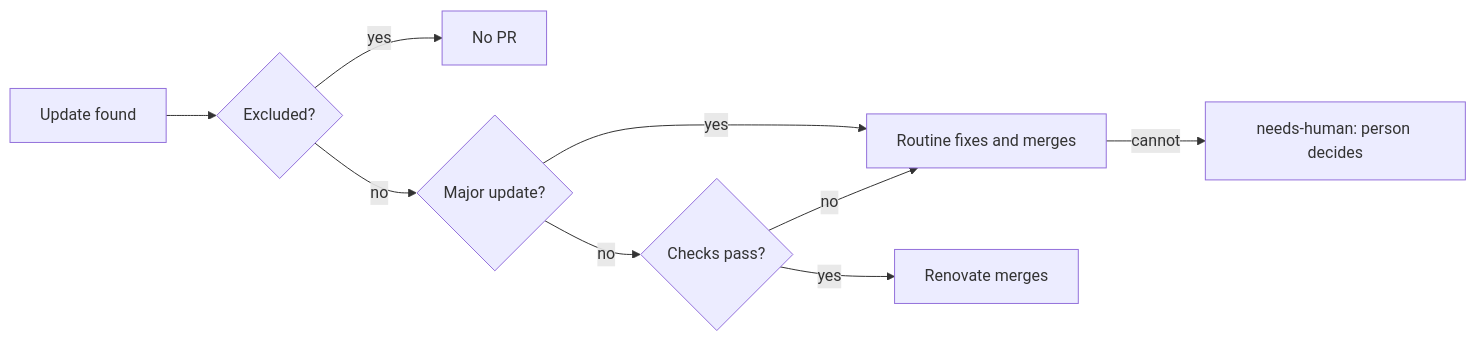
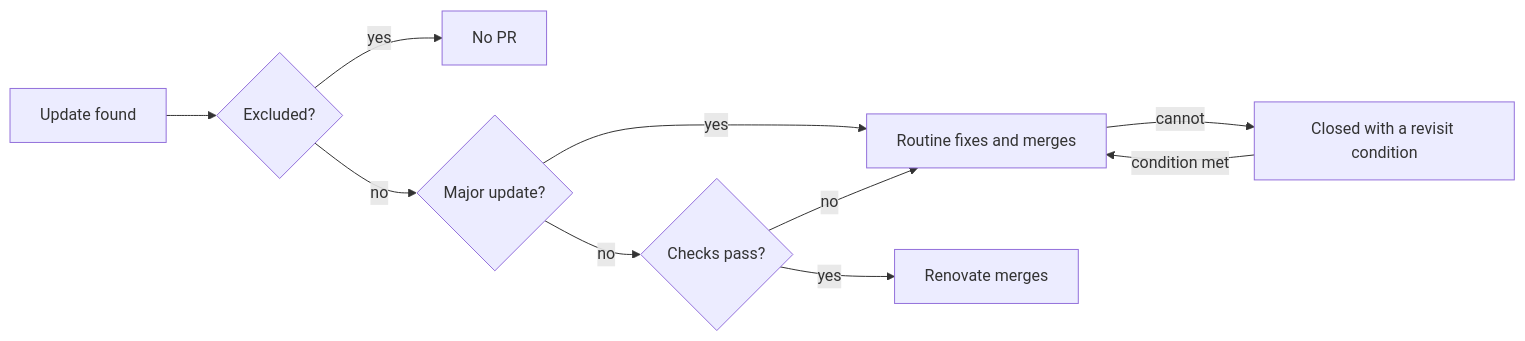
Before and after one commit to syudead/vv: the first of 2 diagrams in docs/how-to/dependency-updates.md, drawn with Mermaid. The commit also changed other lines of this file and 2 other files, not shown here.

First line of the commit message:
Close blocked Renovate PRs with a revisit condition instead of leaving them as needs-human

````diff
--- a/docs/how-to/dependency-updates.md
+++ b/docs/how-to/dependency-updates.md
@@ -12,11 +12,12 @@
 ```mermaid
 flowchart LR
   upd[Update found] --> excl{Excluded?}
   excl -->|yes| none[No PR]
   excl -->|no| major{Major update?}
   major -->|yes| routine[Routine fixes and merges]
   major -->|no| checks{Checks pass?}
   checks -->|yes| auto[Renovate merges]
   checks -->|no| routine
-  routine -->|cannot| person[needs-human: person decides]
+  routine -->|cannot| defer[Closed with a revisit condition]
+  defer -->|condition met| routine
 ```
````
